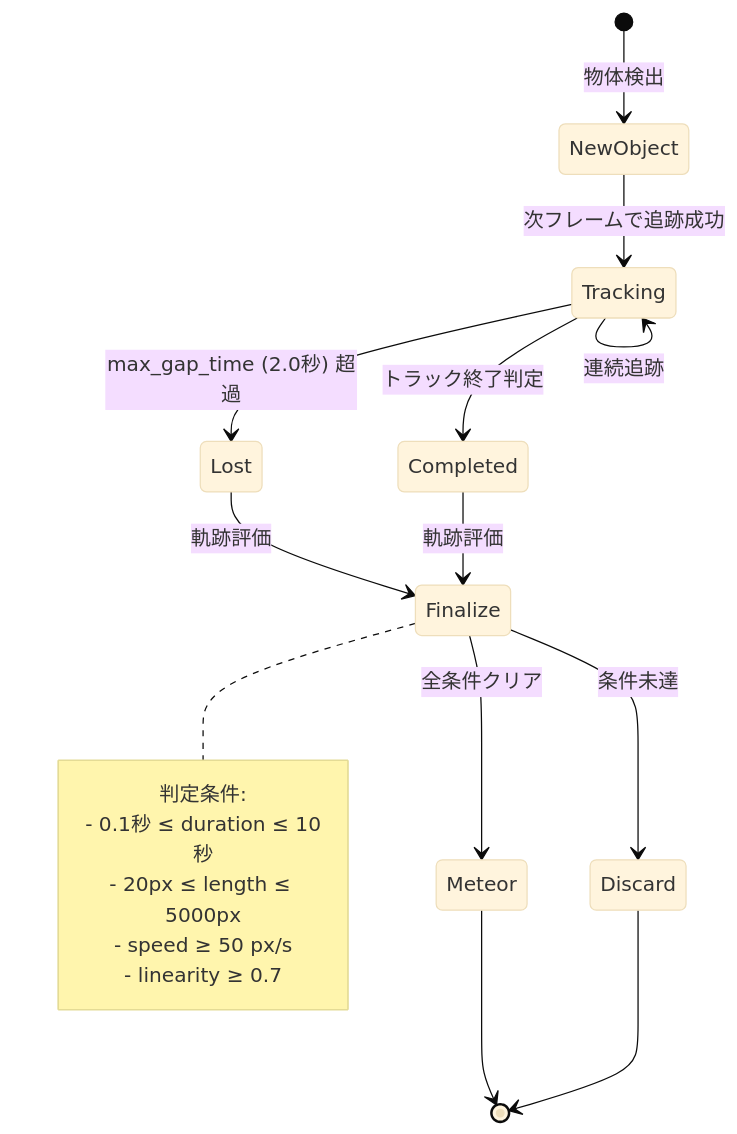
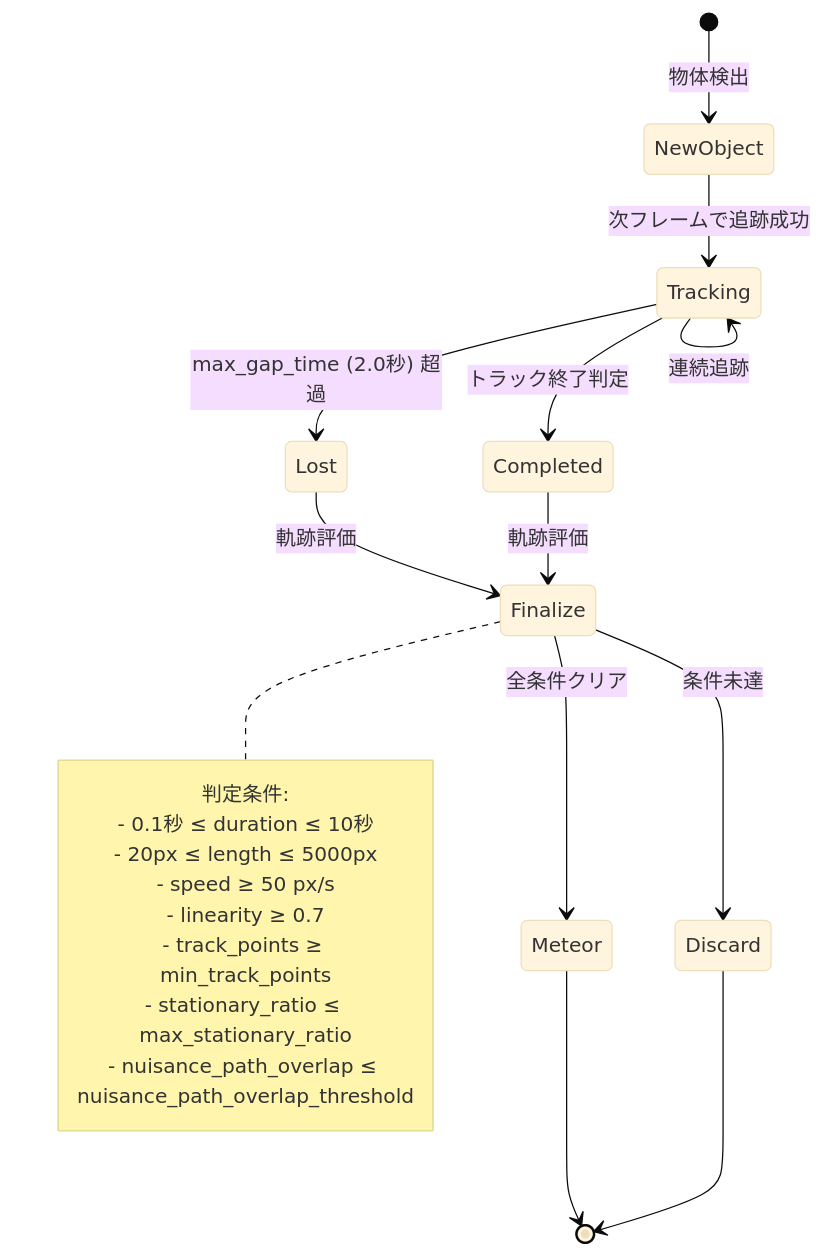
The sixth of 12 diagrams in documents/DETECTOR_COMPONENTS.md (Masakai/meteo), drawn with Mermaid (base theme) before and after one commit. The commit also changed other lines of this file and 10 other files, not shown here.

````diff
--- a/documents/DETECTOR_COMPONENTS.md
+++ b/documents/DETECTOR_COMPONENTS.md
@@ -269,24 +279,27 @@
 ```mermaid
 stateDiagram-v2
     [*] --> NewObject: 物体検出
     NewObject --> Tracking: 次フレームで追跡成功
     Tracking --> Tracking: 連続追跡
     Tracking --> Lost: max_gap_time (2.0秒) 超過
     Tracking --> Completed: トラック終了判定
     Lost --> Finalize: 軌跡評価
     Completed --> Finalize: 軌跡評価
 
     Finalize --> Meteor: 全条件クリア
     Finalize --> Discard: 条件未達
 
     Meteor --> [*]
     Discard --> [*]
 
     note right of Finalize
         判定条件:
         - 0.1秒 ≤ duration ≤ 10秒
         - 20px ≤ length ≤ 5000px
         - speed ≥ 50 px/s
         - linearity ≥ 0.7
+        - track_points ≥ min_track_points
+        - stationary_ratio ≤ max_stationary_ratio
+        - nuisance_path_overlap ≤ nuisance_path_overlap_threshold
     end note
 ```
````
